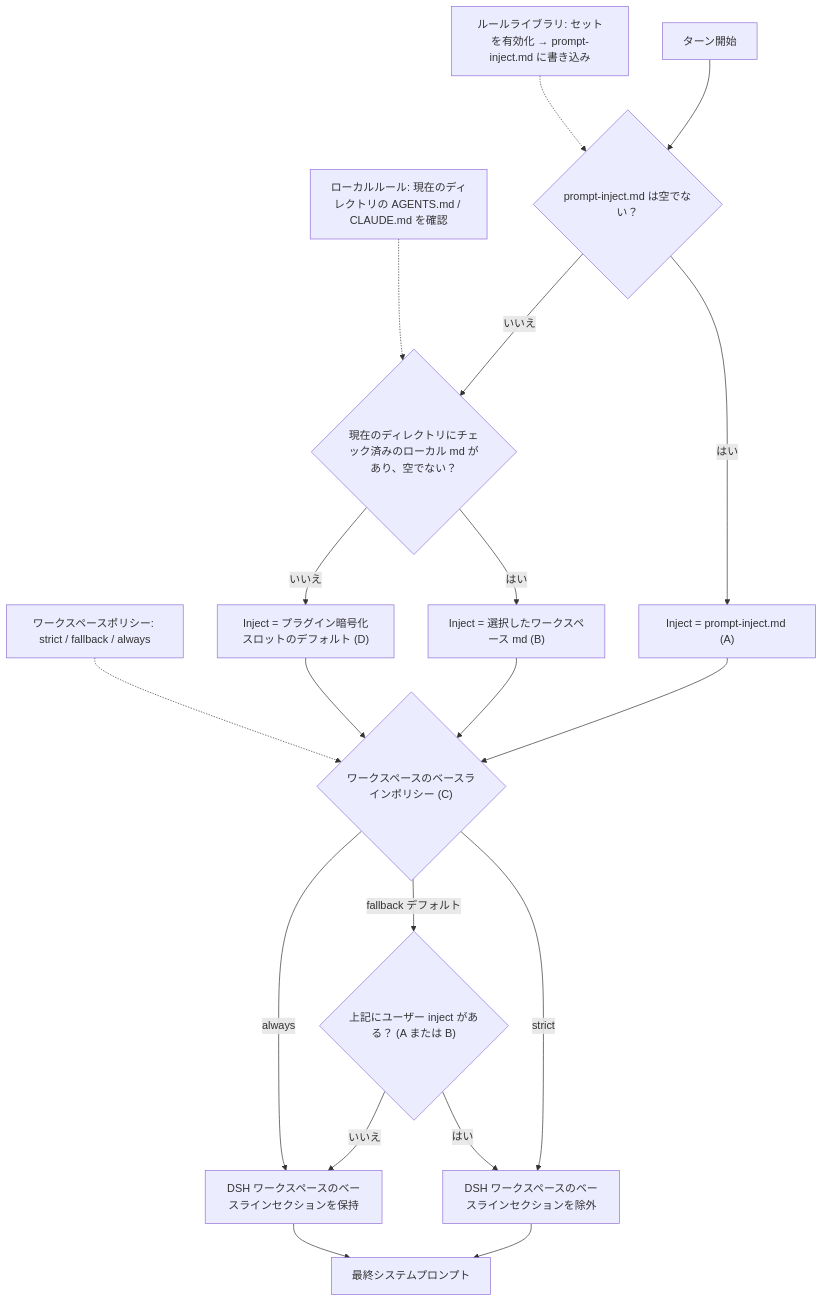
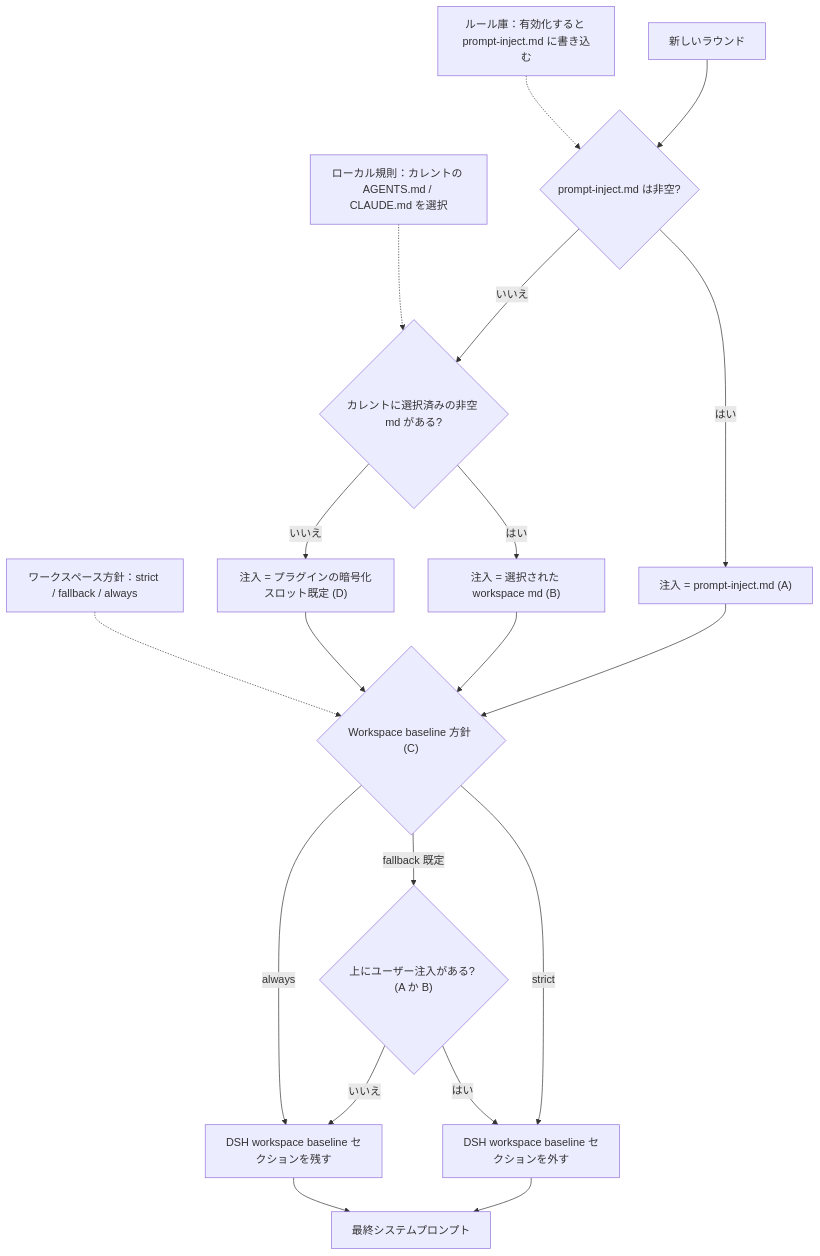
The second of 2 diagrams in README.ja.md (L1daye/dsh-purge-nolimit), drawn with Mermaid before and after one commit. The commit also changed other lines of this file and 4 other files, not shown here.

````diff
--- a/README.ja.md
+++ b/README.ja.md
@@ -521,26 +504,26 @@
 ```mermaid
 flowchart TD
-  L["ルールライブラリ: セットを有効化 → prompt-inject.md に書き込み"]
-  W["ローカルルール: 現在のディレクトリの AGENTS.md / CLAUDE.md を確認"]
-  P["ワークスペースポリシー: strict / fallback / always"]
+  L["ルール庫：有効化すると prompt-inject.md に書き込む"]
+  W["ローカル規則：カレントの AGENTS.md / CLAUDE.md を選択"]
+  P["ワークスペース方針：strict / fallback / always"]
 
-  A["ターン開始"] --> B{"prompt-inject.md は空でない？"}
-  B -->|はい| C["Inject = prompt-inject.md (A)"]
-  B -->|いいえ| D{"現在のディレクトリにチェック済みのローカル md があり、空でない？"}
-  D -->|はい| E["Inject = 選択したワークスペース md (B)"]
-  D -->|いいえ| F["Inject = プラグイン暗号化スロットのデフォルト (D)"]
-  C --> G{"ワークスペースのベースラインポリシー (C)"}
+  A["新しいラウンド"] --> B{"prompt-inject.md は非空?"}
+  B -->|はい| C["注入 = prompt-inject.md (A)"]
+  B -->|いいえ| D{"カレントに選択済みの非空 md がある?"}
+  D -->|はい| E["注入 = 選択された workspace md (B)"]
+  D -->|いいえ| F["注入 = プラグインの暗号化スロット既定 (D)"]
+  C --> G{"Workspace baseline 方針 (C)"}
   E --> G
   F --> G
-  G -->|strict| H["DSH ワークスペースのベースラインセクションを除外"]
-  G -->|fallback デフォルト| I{"上記にユーザー inject がある？ (A または B)"}
-  G -->|always| J["DSH ワークスペースのベースラインセクションを保持"]
+  G -->|strict| H["DSH workspace baseline セクションを外す"]
+  G -->|fallback 既定| I{"上にユーザー注入がある? (A か B)"}
+  G -->|always| J["DSH workspace baseline セクションを残す"]
   I -->|はい| H
   I -->|いいえ| J
   H --> K["最終システムプロンプト"]
   J --> K
 
   L -.-> B
   W -.-> D
   P -.-> G
 ```
````
